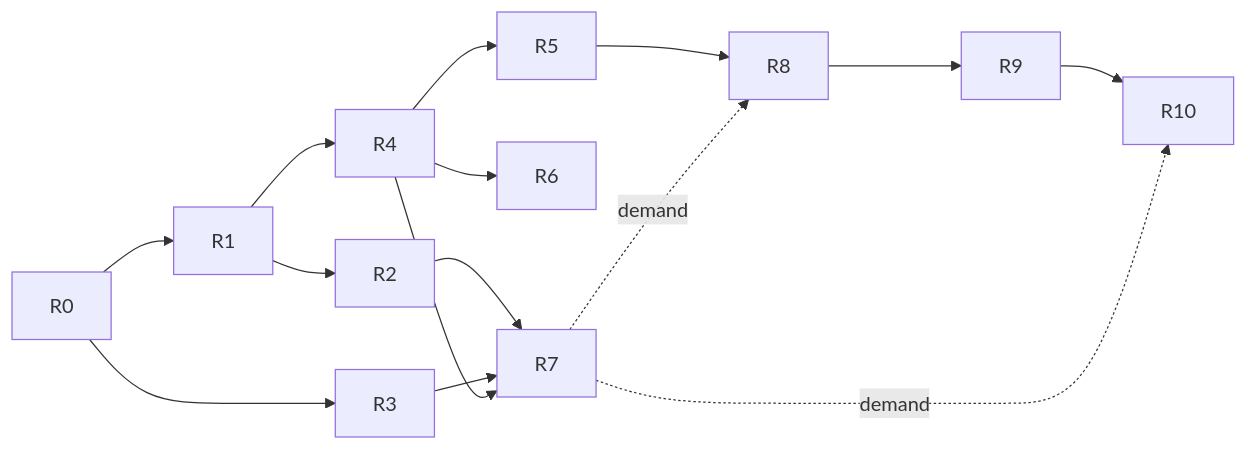
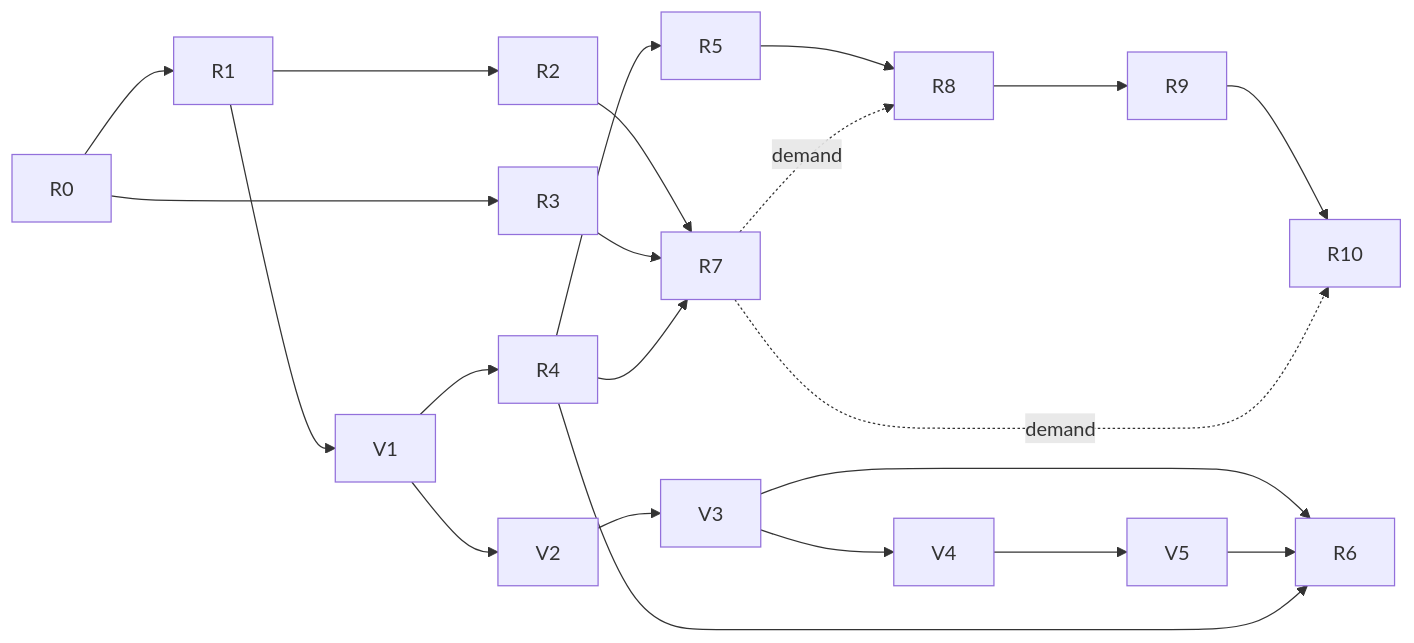
One commit to jtasek/reactor changed the diagram in APPLICATION_PLAN.md. Above: the diagram before and after it, drawn with Mermaid. The commit also changed other lines of this file and 18 other files, not shown here.

````diff
--- a/APPLICATION_PLAN.md
+++ b/APPLICATION_PLAN.md
@@ -197,12 +222,15 @@
 ```mermaid
 flowchart LR
     R0 --> R1 --> R2
     R0 --> R3
-    R1 --> R4 --> R5 --> R8 --> R9 --> R10
+    R1 --> V1 --> V2 --> V3 --> V4 --> V5
+    V1 --> R4 --> R5 --> R8 --> R9 --> R10
+    V3 --> R6
+    V5 --> R6
     R4 --> R6
     R2 --> R7
     R3 --> R7
     R4 --> R7
     R7 -. demand .-> R8
     R7 -. demand .-> R10
 ```
````
